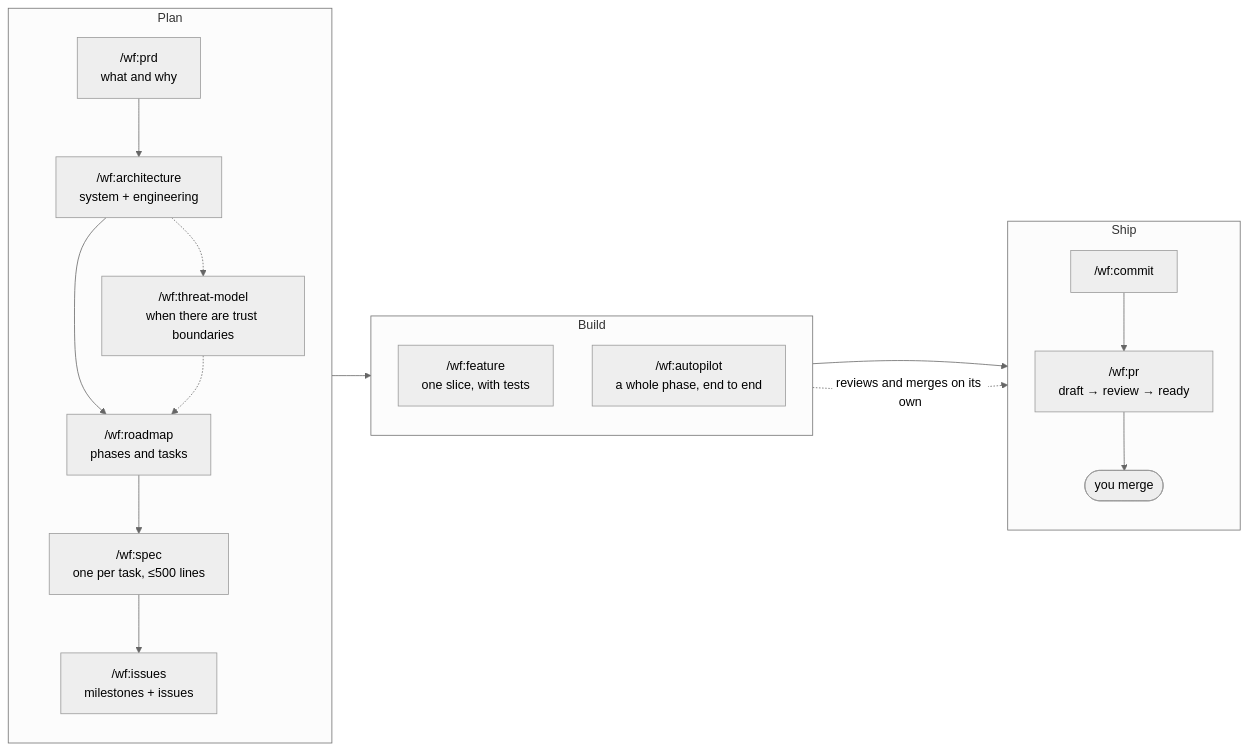
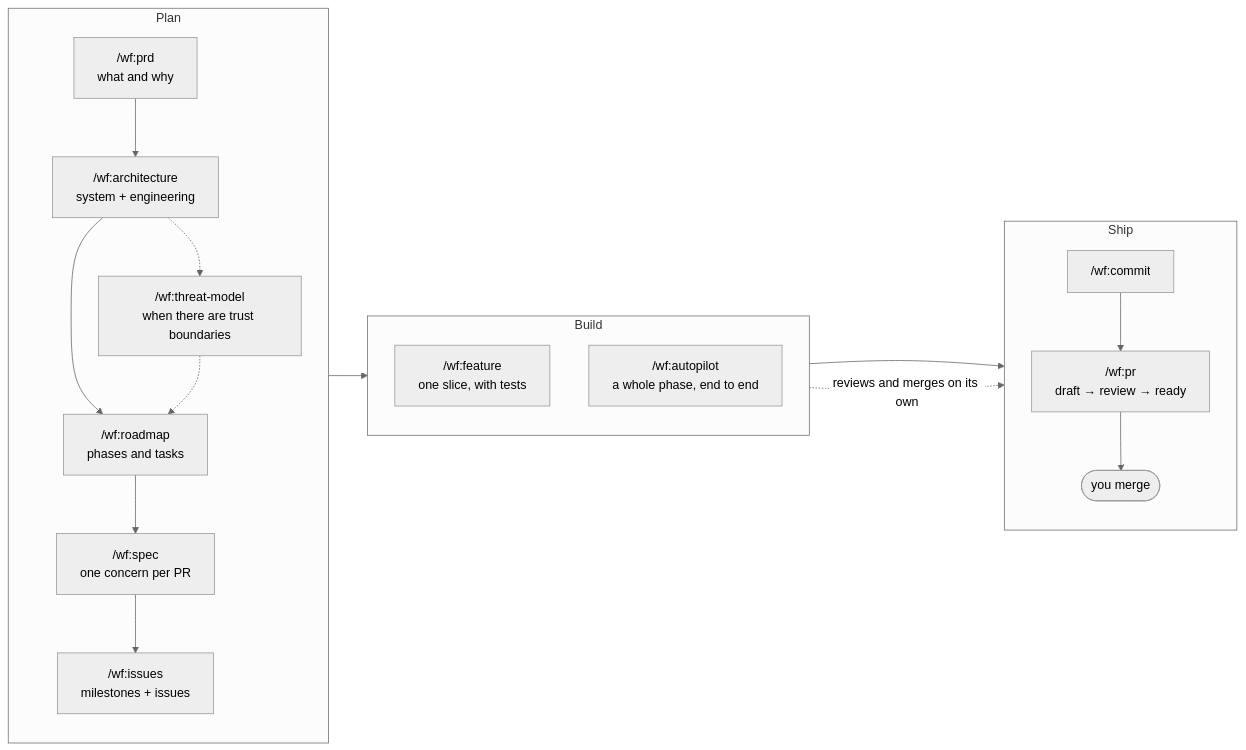
One commit to 0xrafasec/ai-workflow changed the diagram in README.md. Above: the diagram before and after it, drawn with Mermaid (neutral theme). The commit also changed other lines of this file and 8 other files, not shown here.

````diff
--- a/README.md
+++ b/README.md
@@ -62,25 +62,25 @@
 ```mermaid
 flowchart LR
     subgraph Plan
         direction TB
         PRD["/wf:prd<br/>what and why"] --> ARCH["/wf:architecture<br/>system + engineering"]
         ARCH --> ROAD
         ARCH -.-> TM["/wf:threat-model<br/>when there are trust boundaries"]
         TM -.-> ROAD["/wf:roadmap<br/>phases and tasks"]
-        ROAD --> SPEC["/wf:spec<br/>one per task, ≤500 lines"]
+        ROAD --> SPEC["/wf:spec<br/>one concern per PR"]
         SPEC --> ISS["/wf:issues<br/>milestones + issues"]
     end
     subgraph Build
         direction TB
         FEAT["/wf:feature<br/>one slice, with tests"]
         AUTO["/wf:autopilot<br/>a whole phase, end to end"]
     end
     subgraph Ship
         direction TB
         COMMIT["/wf:commit"] --> PR["/wf:pr<br/>draft → review → ready"]
         PR --> MERGE(["you merge"])
     end
     Plan --> Build
     FEAT --> COMMIT
     AUTO -. "reviews and merges on its own" .-> MERGE
 ```
````
